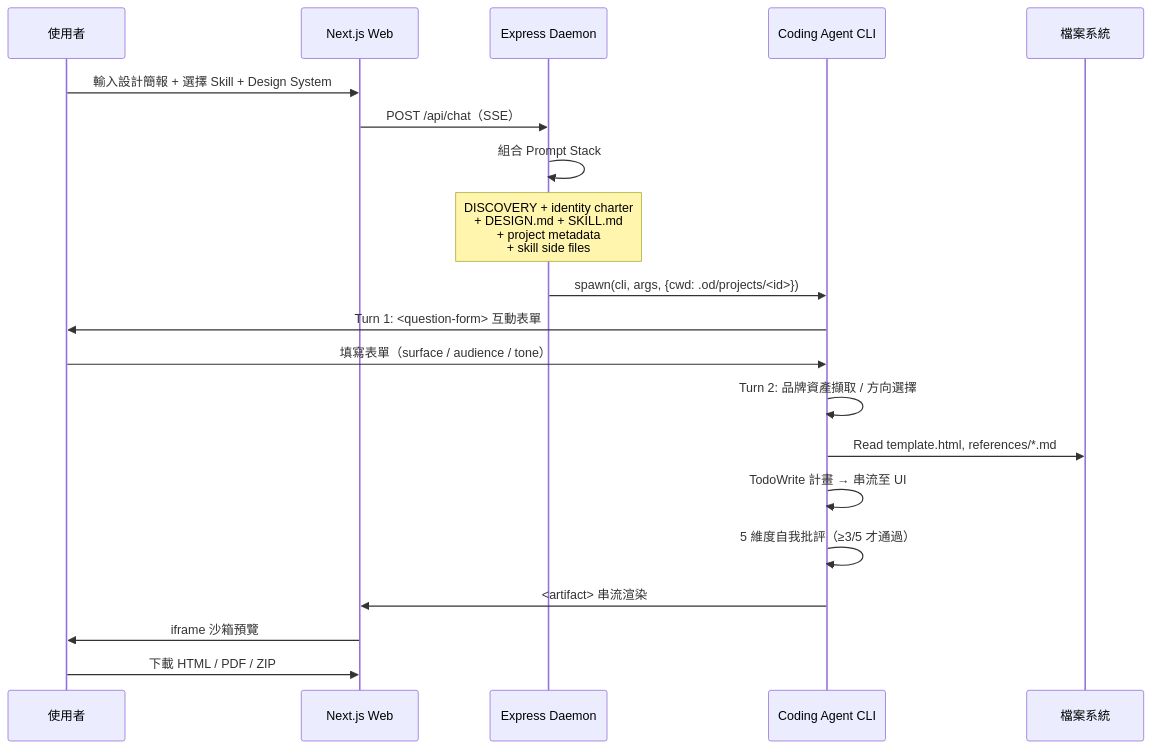
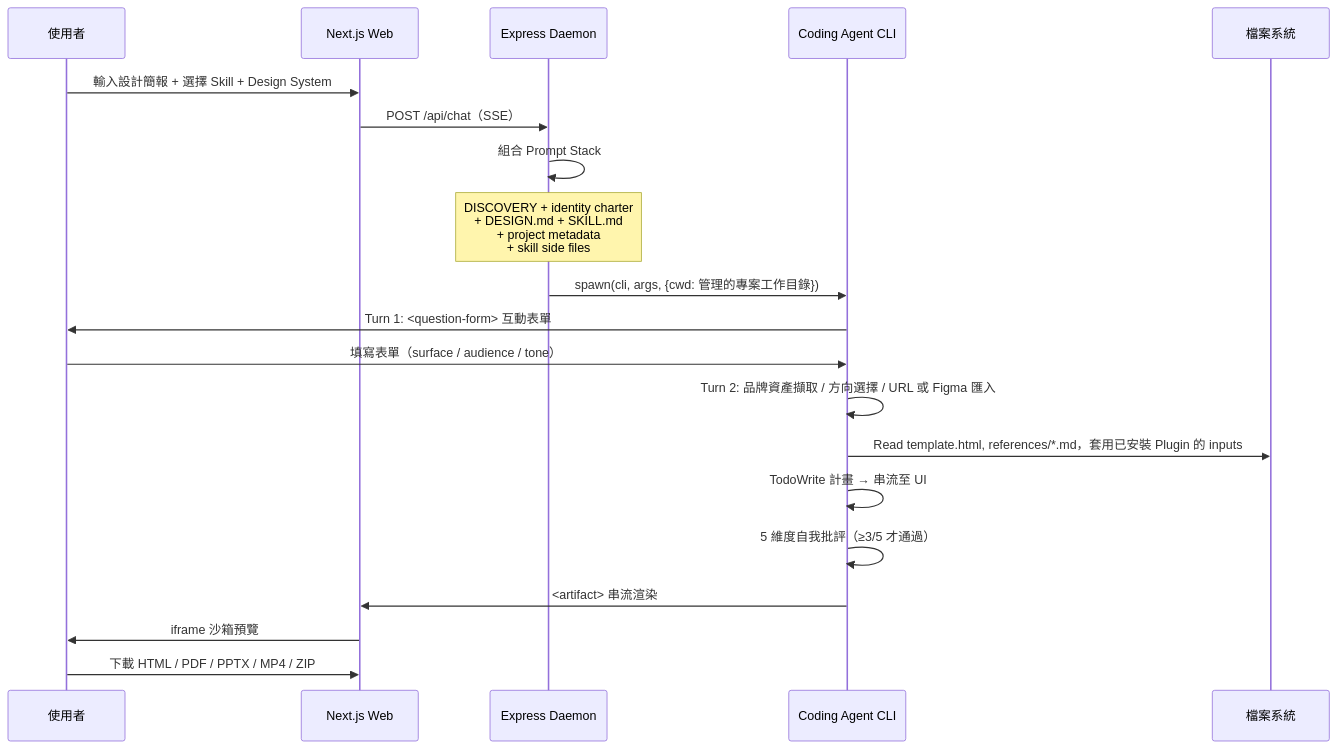
Before and after one commit to chihhung/Blog: the second of 10 diagrams in content/posts/教學/AI開發/open design 教學手冊.md, drawn with Mermaid. The commit also changed other lines of this file and 3 other files, not shown here.

````diff
--- a/content/posts/教學/AI開發/open design 教學手冊.md
+++ b/content/posts/教學/AI開發/open design 教學手冊.md
@@ -328,23 +347,23 @@
 ```mermaid
 sequenceDiagram
     participant User as 使用者
     participant Web as Next.js Web
     participant Daemon as Express Daemon
     participant Agent as Coding Agent CLI
     participant FS as 檔案系統
 
     User->>Web: 輸入設計簡報 + 選擇 Skill + Design System
     Web->>Daemon: POST /api/chat（SSE）
     Daemon->>Daemon: 組合 Prompt Stack
     Note over Daemon: DISCOVERY + identity charter<br/>+ DESIGN.md + SKILL.md<br/>+ project metadata<br/>+ skill side files
-    Daemon->>Agent: spawn(cli, args, {cwd: .od/projects/<id>})
+    Daemon->>Agent: spawn(cli, args, {cwd: 管理的專案工作目錄})
     Agent->>User: Turn 1: <question-form> 互動表單
     User->>Agent: 填寫表單（surface / audience / tone）
-    Agent->>Agent: Turn 2: 品牌資產擷取 / 方向選擇
-    Agent->>FS: Read template.html, references/*.md
+    Agent->>Agent: Turn 2: 品牌資產擷取 / 方向選擇 / URL 或 Figma 匯入
+    Agent->>FS: Read template.html, references/*.md，套用已安裝 Plugin 的 inputs
     Agent->>Agent: TodoWrite 計畫 → 串流至 UI
     Agent->>Agent: 5 維度自我批評（≥3/5 才通過）
     Agent->>Web: <artifact> 串流渲染
     Web->>User: iframe 沙箱預覽
-    User->>Web: 下載 HTML / PDF / ZIP
+    User->>Web: 下載 HTML / PDF / PPTX / MP4 / ZIP
 ```
````
